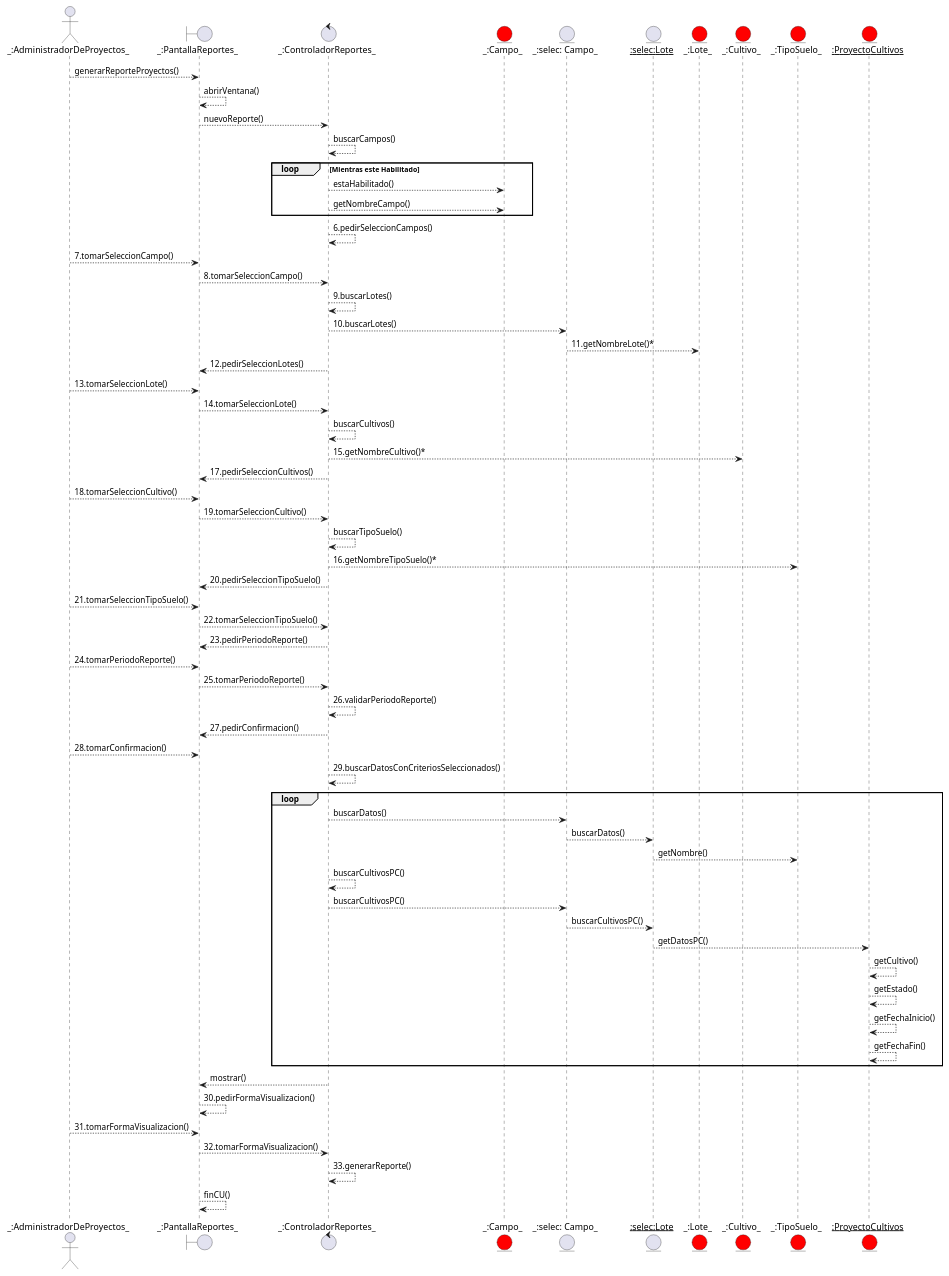
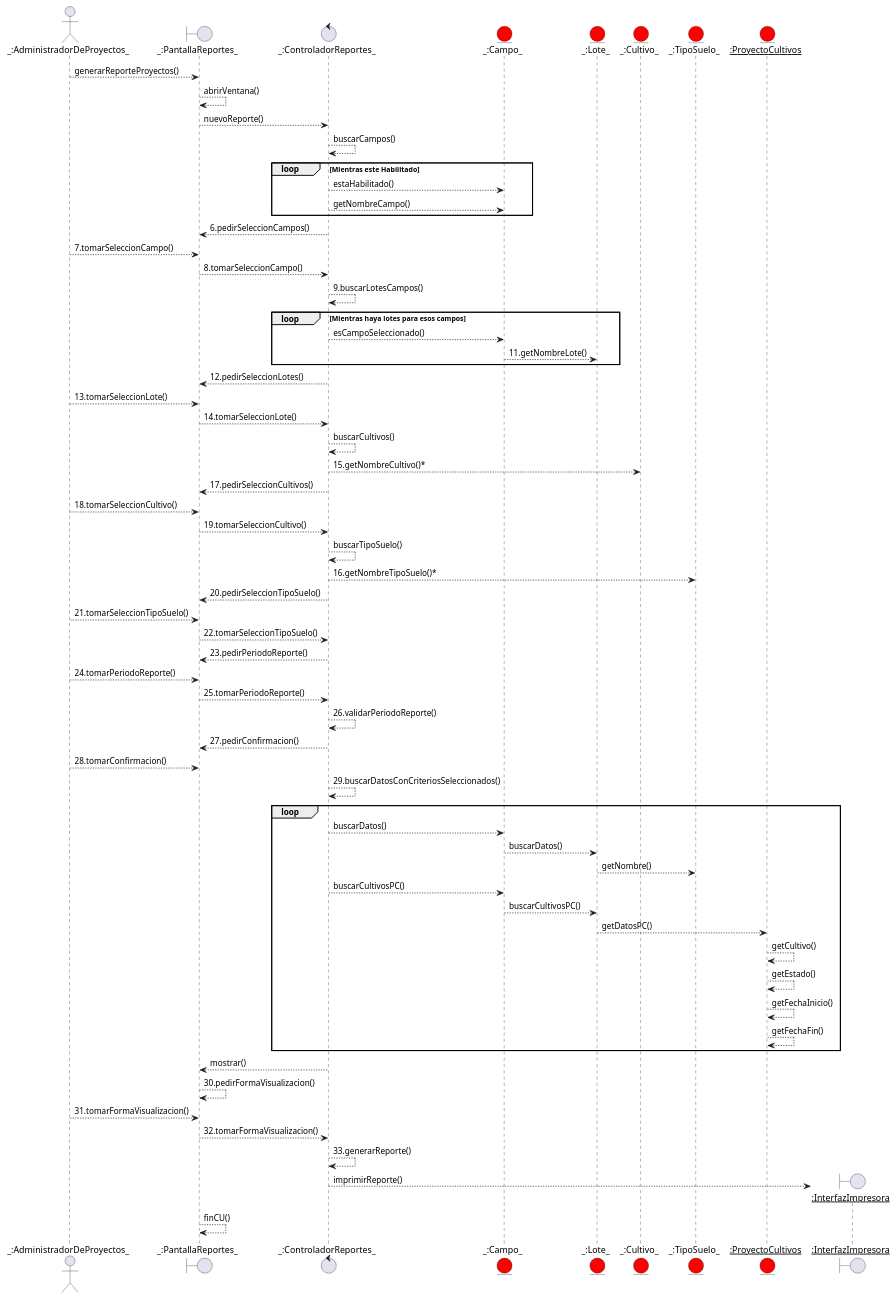
The diagram in AdministradorCampos/Reportes/reportes.puml (IgnacioSala20/Diagramas), drawn with PlantUML before and after one commit. The commit also changed 5 other files, not shown here.

```diff
--- a/AdministradorCampos/Reportes/reportes.puml
+++ b/AdministradorCampos/Reportes/reportes.puml
@@ -1,88 +1,90 @@
 @startuml reportes
 
 actor "_:AdministradorDeProyectos_" as AP
 boundary "_:PantallaReportes_" as PR
 
 AP --> PR : generarReporteProyectos()
 PR -->PR: abrirVentana()
 control "_:ControladorReportes_" as CR
 
 PR --> CR: nuevoReporte()
 CR --> CR: buscarCampos()
 
 entity "_:Campo_" as C #red
 group loop [Mientras este Habilitado]
     CR --> C : estaHabilitado()
     CR --> C: getNombreCampo()
 end
-CR --> CR: 6.pedirSeleccionCampos()
-entity "_:selec: Campo_" as SC
+CR --> PR: 6.pedirSeleccionCampos()
+
+
 AP --> PR: 7.tomarSeleccionCampo()
 PR --> CR: 8.tomarSeleccionCampo()
-CR --> CR: 9.buscarLotes()
-entity "__:selec:Lote__" as SL 
 
 entity "_:Lote_" as L #red
-CR --> SC: 10.buscarLotes()
-
-SC --> L: 11.getNombreLote()*
+CR --> CR: 9.buscarLotesCampos()
+group loop [Mientras haya lotes para esos campos]
+    CR --> C : esCampoSeleccionado()
+    C --> L: 11.getNombreLote()
+end
 
 CR --> PR: 12.pedirSeleccionLotes()
 AP --> PR: 13.tomarSeleccionLote()
 PR --> CR: 14.tomarSeleccionLote()
 
 entity "_:Cultivo_" as Cu #red
 entity "_:TipoSuelo_" as TS #red
 
 CR --> CR : buscarCultivos()
 CR --> Cu: 15.getNombreCultivo()*
 
 CR --> PR: 17.pedirSeleccionCultivos()
 AP --> PR: 18.tomarSeleccionCultivo()
 PR --> CR: 19.tomarSeleccionCultivo()
 
 CR --> CR : buscarTipoSuelo()
 CR --> TS: 16.getNombreTipoSuelo()*
 
 CR --> PR: 20.pedirSeleccionTipoSuelo()
 AP --> PR: 21.tomarSeleccionTipoSuelo()
 PR --> CR: 22.tomarSeleccionTipoSuelo()
 
 
 CR --> PR: 23.pedirPeriodoReporte()
 AP --> PR: 24.tomarPeriodoReporte()
 PR --> CR: 25.tomarPeriodoReporte()
 CR --> CR: 26.validarPeriodoReporte()
 
 CR --> PR: 27.pedirConfirmacion()
 AP --> PR: 28.tomarConfirmacion()
 
 CR --> CR: 29.buscarDatosConCriteriosSeleccionados()
 
 group loop
-CR --> SC : buscarDatos()
-SC --> SL : buscarDatos()
-SL --> TS : getNombre()
+    CR --> C : buscarDatos()
+    C --> L : buscarDatos()
+    L --> TS : getNombre()
 
-CR --> CR : buscarCultivosPC()
-CR --> SC : buscarCultivosPC()
-SC --> SL : buscarCultivosPC()
-entity "__:ProyectoCultivos__" as PC #red
-entity "__:Estado PC" as PC #red
+    CR --> C : buscarCultivosPC()
+    C --> L : buscarCultivosPC()
+    entity "__:ProyectoCultivos__" as PC #red
+    entity "__:Estado PC" as PC #red
 
-SL --> PC : getDatosPC()
-PC --> PC: getCultivo()
-PC --> PC : getEstado()
-PC --> PC : getFechaInicio()
-PC --> PC : getFechaFin()
+    L --> PC : getDatosPC()
+    PC --> PC: getCultivo()
+    PC --> PC : getEstado()
+    PC --> PC : getFechaInicio()
+    PC --> PC : getFechaFin()
 end
 
 CR --> PR : mostrar()
 PR --> PR: 30.pedirFormaVisualizacion()
 AP --> PR: 31.tomarFormaVisualizacion()
 PR --> CR: 32.tomarFormaVisualizacion()
 
 CR --> CR: 33.generarReporte()
 
+create boundary "__:InterfazImpresora__" as IM
+CR --> IM : imprimirReporte()
 PR --> PR : finCU()
 @enduml
```
